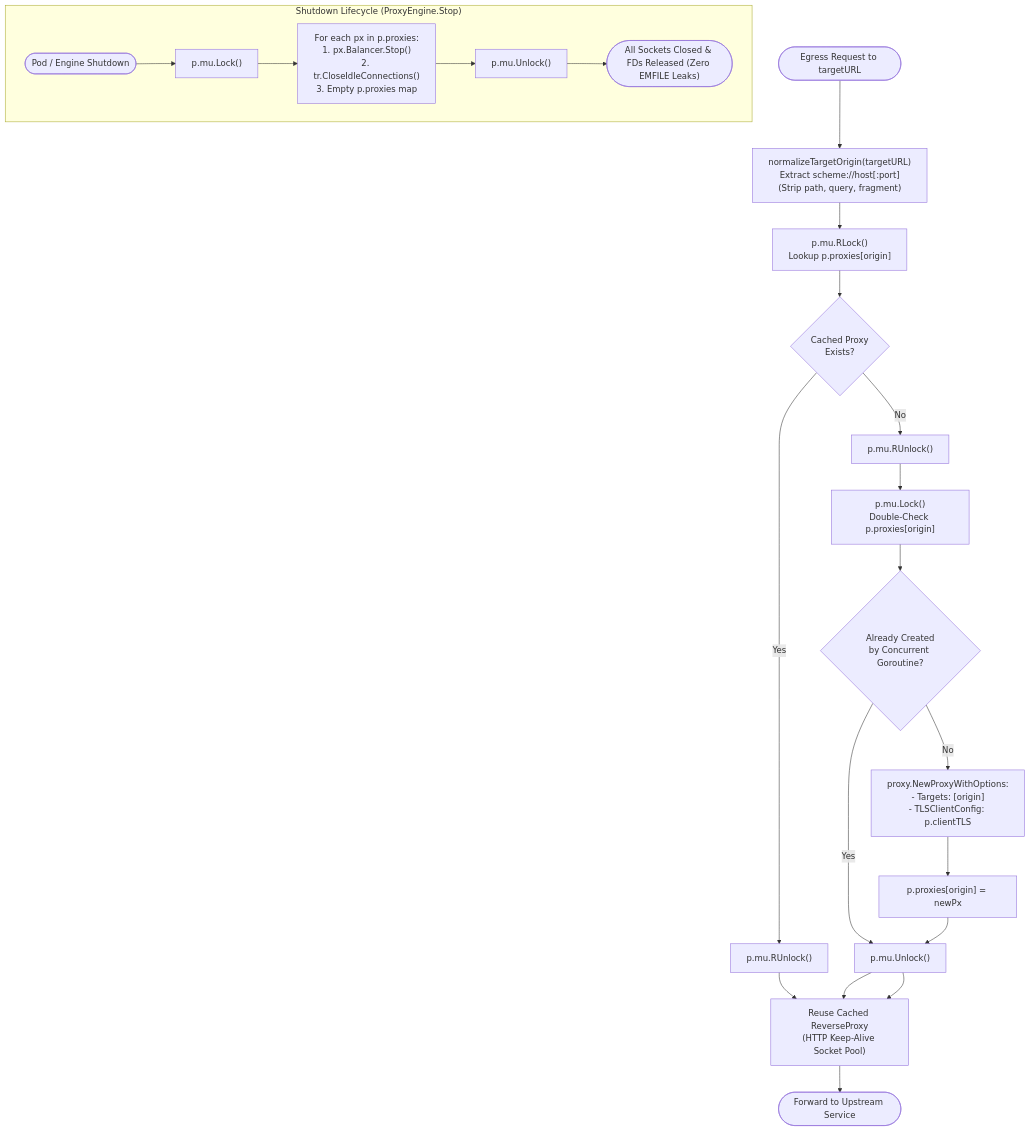
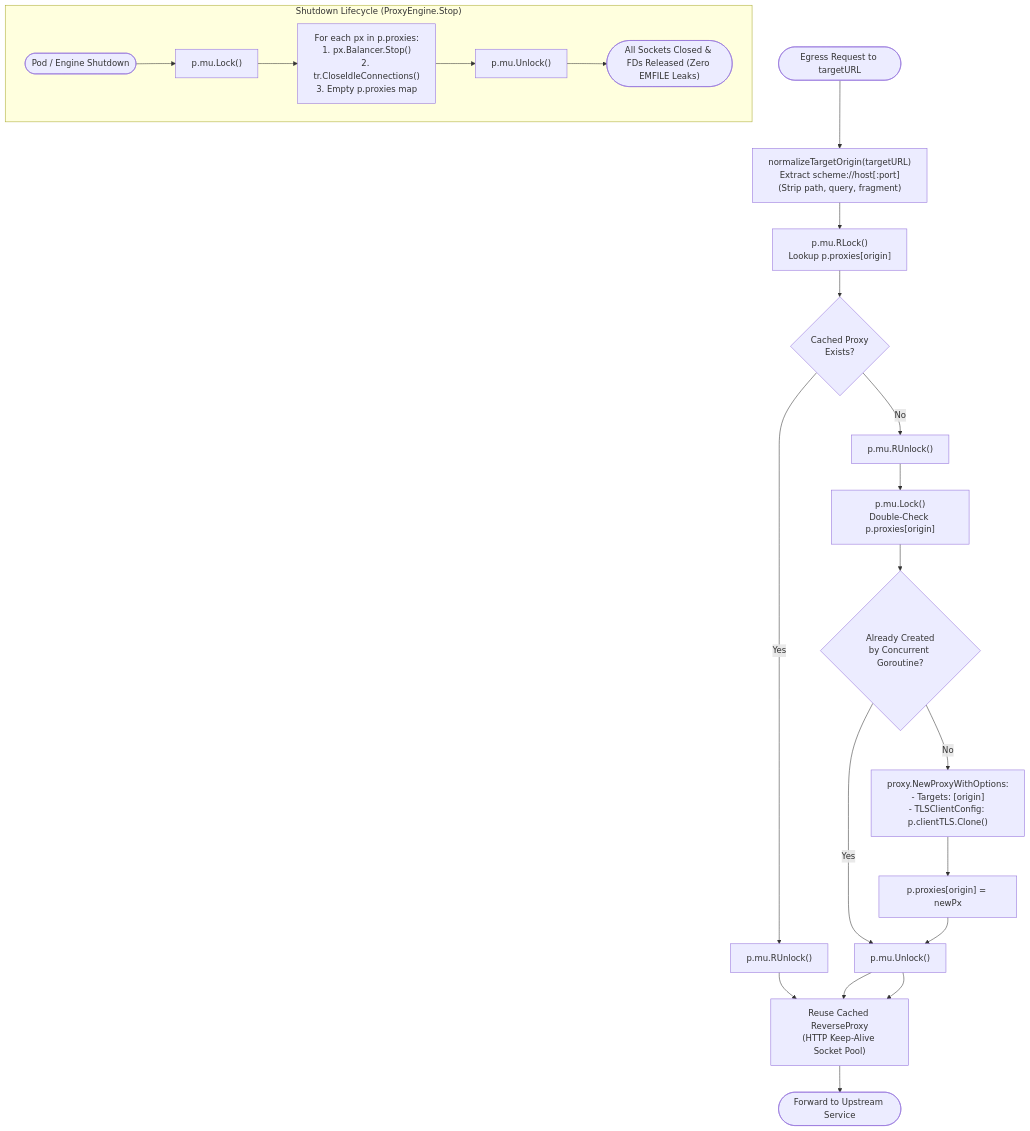
Before and after one commit to SayantanSaha/toron: the third of 3 diagrams in docs/wiki/features/service-mesh-sidecar.md, drawn with Mermaid. The commit also changed other lines of this file and 6 other files, not shown here.

Commit message:
fix(sidecar): prevent data race on shared TLSClientConfig via defensive cloning in proxy transports (TASK-122)

````diff
--- a/docs/wiki/features/service-mesh-sidecar.md
+++ b/docs/wiki/features/service-mesh-sidecar.md
@@ -263,27 +263,27 @@
 ```mermaid
 flowchart TD
     Req(["Egress Request to targetURL"]) --> Norm["normalizeTargetOrigin(targetURL)<br/>Extract scheme://host[:port]<br/>(Strip path, query, fragment)"]
     
     Norm --> ReadLock["p.mu.RLock()<br/>Lookup p.proxies[origin]"]
     ReadLock --> Found{"Cached Proxy<br/>Exists?"}
     
     Found -- Yes --> ReleaseRLock["p.mu.RUnlock()"] --> Dispatch["Reuse Cached ReverseProxy<br/>(HTTP Keep-Alive Socket Pool)"]
     
     Found -- No --> ReleaseRLockMiss["p.mu.RUnlock()"] --> WriteLock["p.mu.Lock()<br/>Double-Check p.proxies[origin]"]
     
     WriteLock --> DoubleCheck{"Already Created<br/>by Concurrent Goroutine?"}
     DoubleCheck -- Yes --> WriteUnlock["p.mu.Unlock()"] --> Dispatch
     
-    DoubleCheck -- No --> NewProxy["proxy.NewProxyWithOptions:<br/>- Targets: [origin]<br/>- TLSClientConfig: p.clientTLS"]
+    DoubleCheck -- No --> NewProxy["proxy.NewProxyWithOptions:<br/>- Targets: [origin]<br/>- TLSClientConfig: p.clientTLS.Clone()"]
     NewProxy --> CacheStore["p.proxies[origin] = newPx"]
     CacheStore --> WriteUnlock --> Dispatch
     
     Dispatch --> Upstream(["Forward to Upstream Service"])
     
     subgraph Teardown["Shutdown Lifecycle (ProxyEngine.Stop)"]
         StopCmd(["Pod / Engine Shutdown"]) --> StopLock["p.mu.Lock()"]
         StopLock --> CloseLoop["For each px in p.proxies:<br/>1. px.Balancer.Stop()<br/>2. tr.CloseIdleConnections()<br/>3. Empty p.proxies map"]
         CloseLoop --> StopUnlock["p.mu.Unlock()"]
         StopUnlock --> SocketsClosed(["All Sockets Closed & FDs Released (Zero EMFILE Leaks)"])
     end
 ```
````
